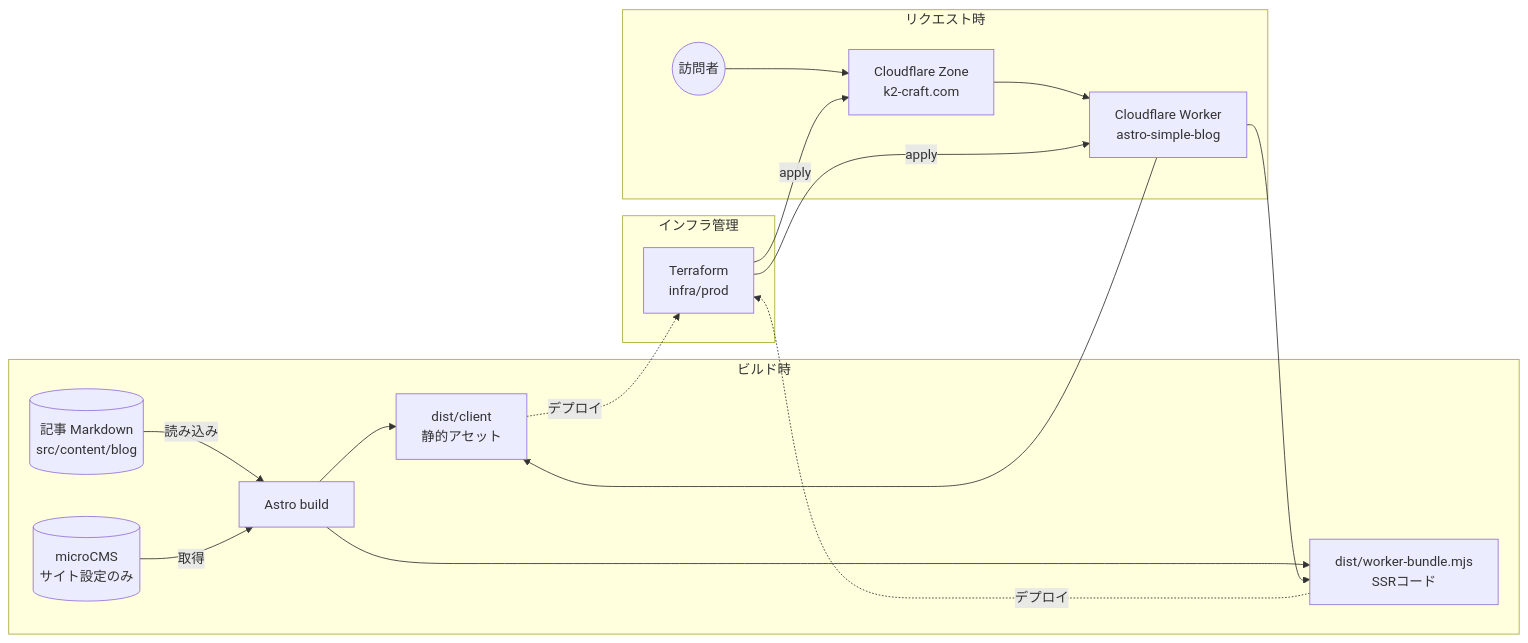
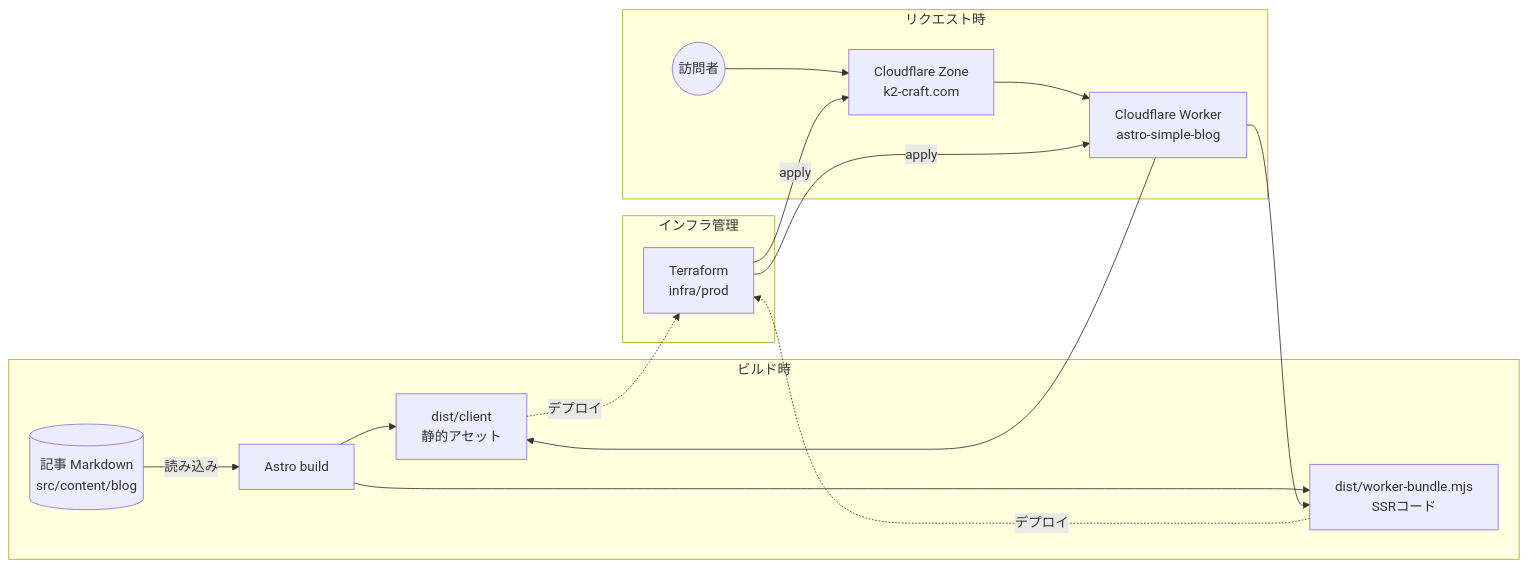
Before and after one commit to kazukikanomata/k2.craft: the diagram in README.md, drawn with Mermaid. The commit also changed other lines of this file and 10 other files, not shown here.

````diff
--- a/README.md
+++ b/README.md
@@ -11,23 +11,22 @@
 ```mermaid
 flowchart LR
     subgraph Build["ビルド時"]
         Markdown[(記事 Markdown\nsrc/content/blog)] -- 読み込み --> Astro[Astro build]
-        microCMS[(microCMS\nサイト設定のみ)] -- 取得 --> Astro
         Astro --> Assets[dist/client\n静的アセット]
         Astro --> Bundle[dist/worker-bundle.mjs\nSSRコード]
     end
 
     subgraph Runtime["リクエスト時"]
         Visitor((訪問者)) --> Zone[Cloudflare Zone\nk2-craft.com]
         Zone --> Worker[Cloudflare Worker\nastro-simple-blog]
         Worker --> Assets
         Worker --> Bundle
     end
 
     subgraph IaC["インフラ管理"]
         TF[Terraform\ninfra/prod] -- apply --> Zone
         TF -- apply --> Worker
         Bundle -. デプロイ .-> TF
         Assets -. デプロイ .-> TF
     end
 ```
````
